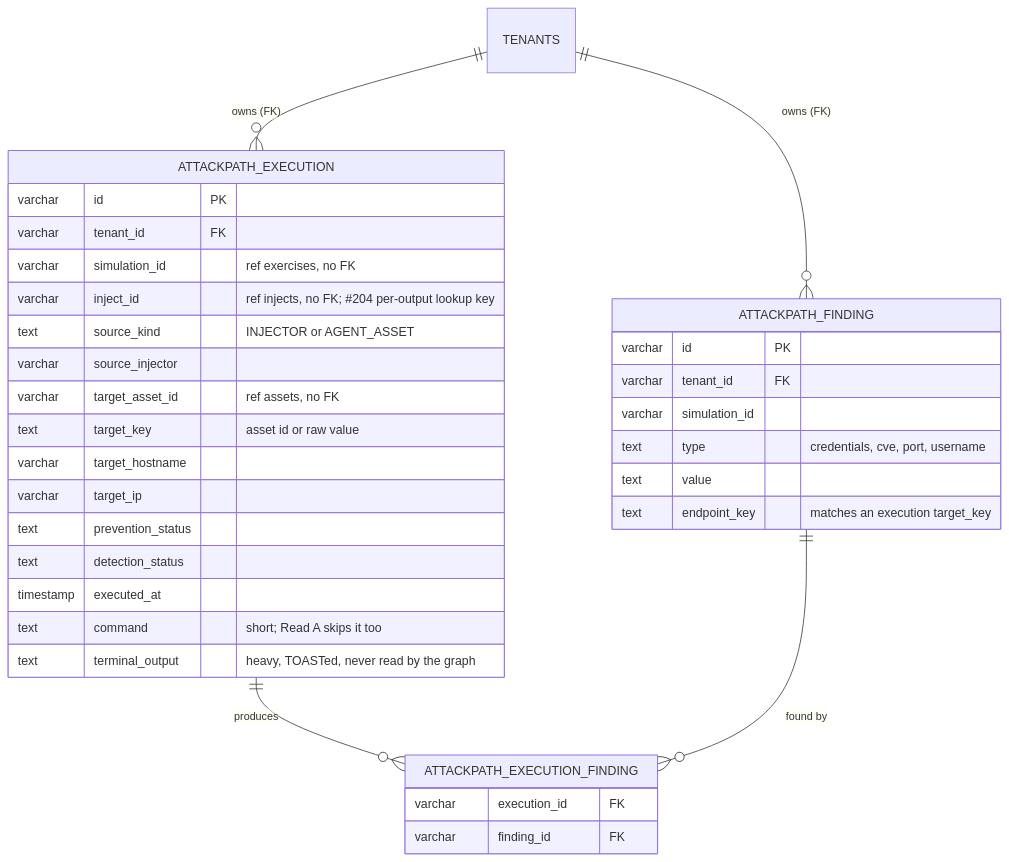
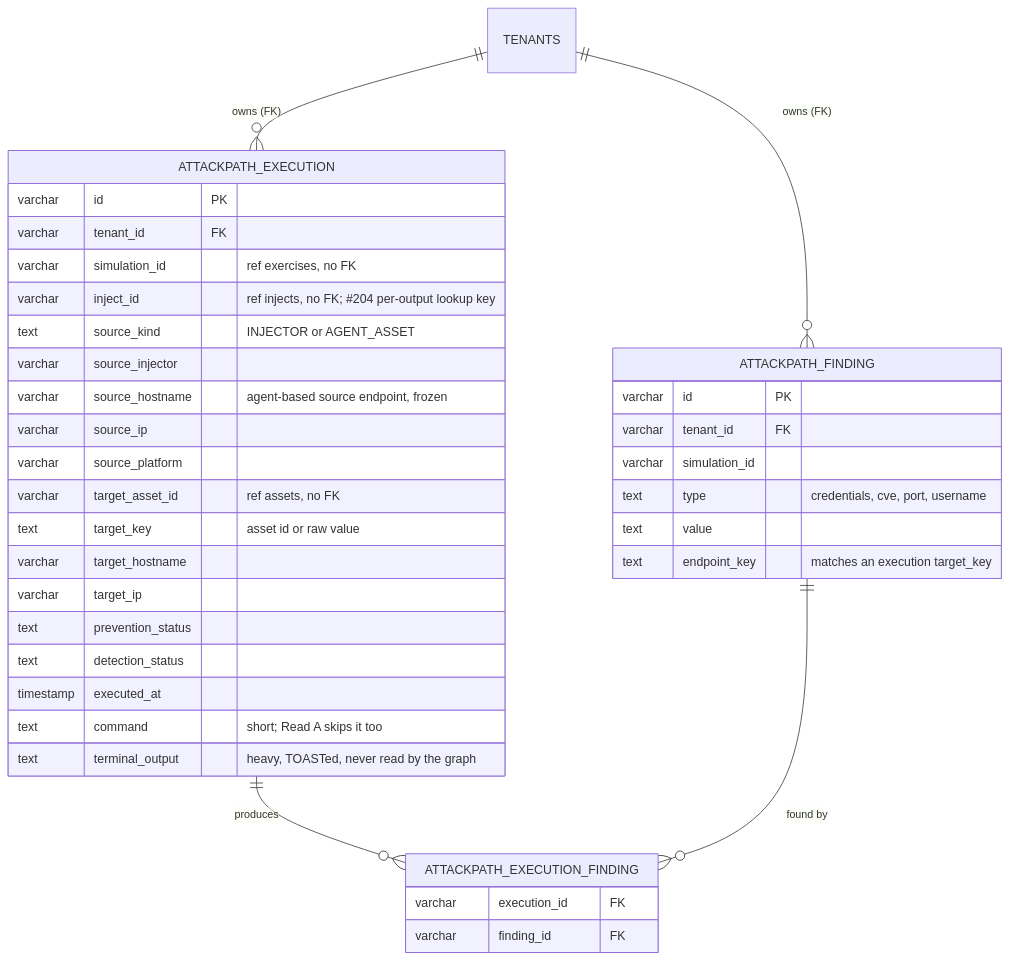
Before and after one commit to OpenAEV-Platform/openaev: the second of 5 diagrams in docs/docs/development/attack-path.md, drawn with Mermaid. The commit also changed 7 other files, not shown here.

First line of the commit message:
feat(chaining): freeze the source endpoint info on attack-path execution rows (#5048)

````diff
--- a/docs/docs/development/attack-path.md
+++ b/docs/docs/development/attack-path.md
@@ -47,36 +47,39 @@
 ```mermaid
 erDiagram
     TENANTS ||--o{ ATTACKPATH_EXECUTION : "owns (FK)"
     TENANTS ||--o{ ATTACKPATH_FINDING : "owns (FK)"
     ATTACKPATH_EXECUTION ||--o{ ATTACKPATH_EXECUTION_FINDING : "produces"
     ATTACKPATH_FINDING ||--o{ ATTACKPATH_EXECUTION_FINDING : "found by"
     ATTACKPATH_EXECUTION {
         varchar id PK
         varchar tenant_id FK
         varchar simulation_id "ref exercises, no FK"
         varchar inject_id "ref injects, no FK; #204 per-output lookup key"
         text source_kind "INJECTOR or AGENT_ASSET"
         varchar source_injector
+        varchar source_hostname "agent-based source endpoint, frozen"
+        varchar source_ip
+        varchar source_platform
         varchar target_asset_id "ref assets, no FK"
         text target_key "asset id or raw value"
         varchar target_hostname
         varchar target_ip
         text prevention_status
         text detection_status
         timestamp executed_at
         text command "short; Read A skips it too"
         text terminal_output "heavy, TOASTed, never read by the graph"
     }
     ATTACKPATH_FINDING {
         varchar id PK
         varchar tenant_id FK
         varchar simulation_id
         text type "credentials, cve, port, username"
         text value
         text endpoint_key "matches an execution target_key"
     }
     ATTACKPATH_EXECUTION_FINDING {
         varchar execution_id FK
         varchar finding_id FK
     }
 ```
````
